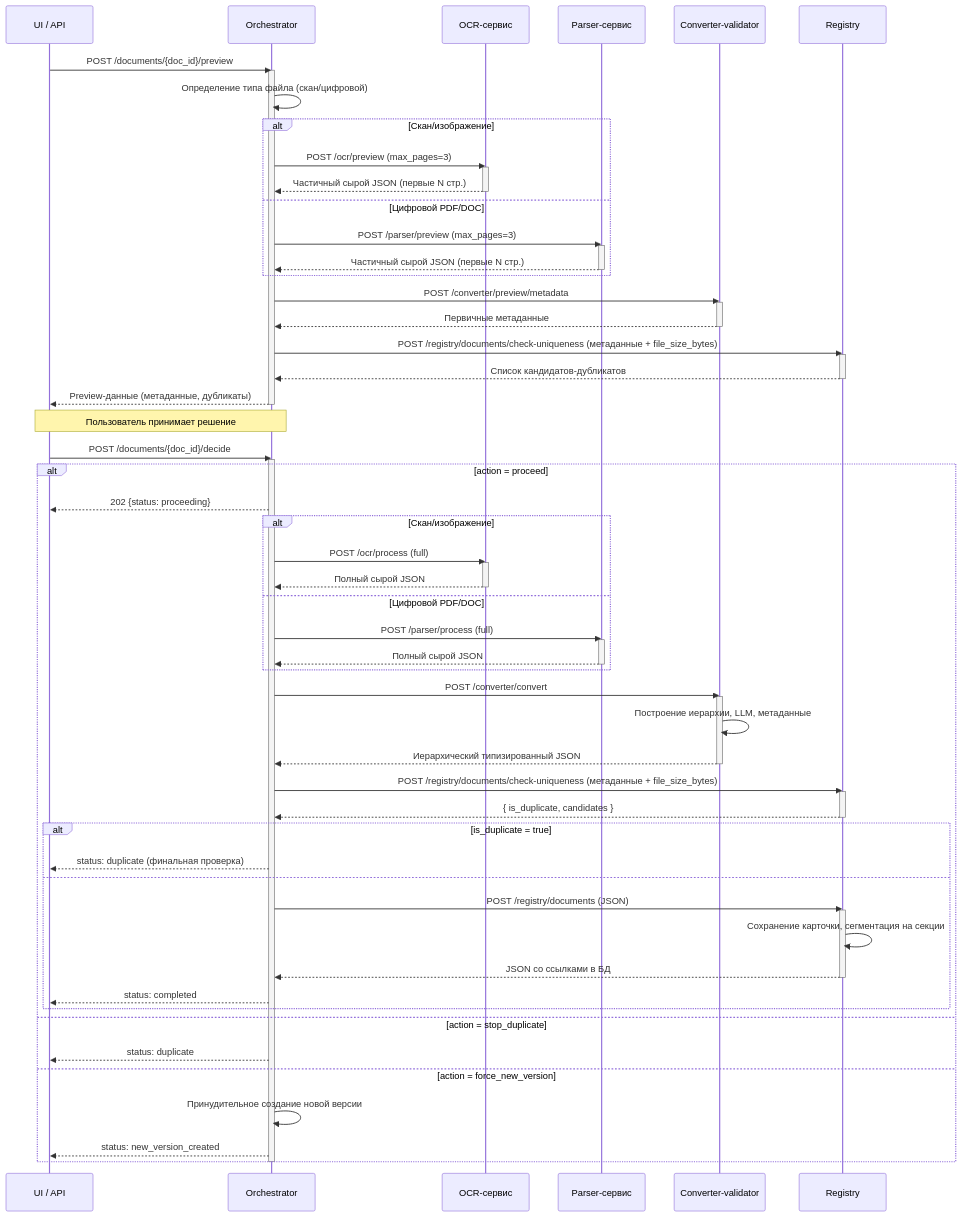
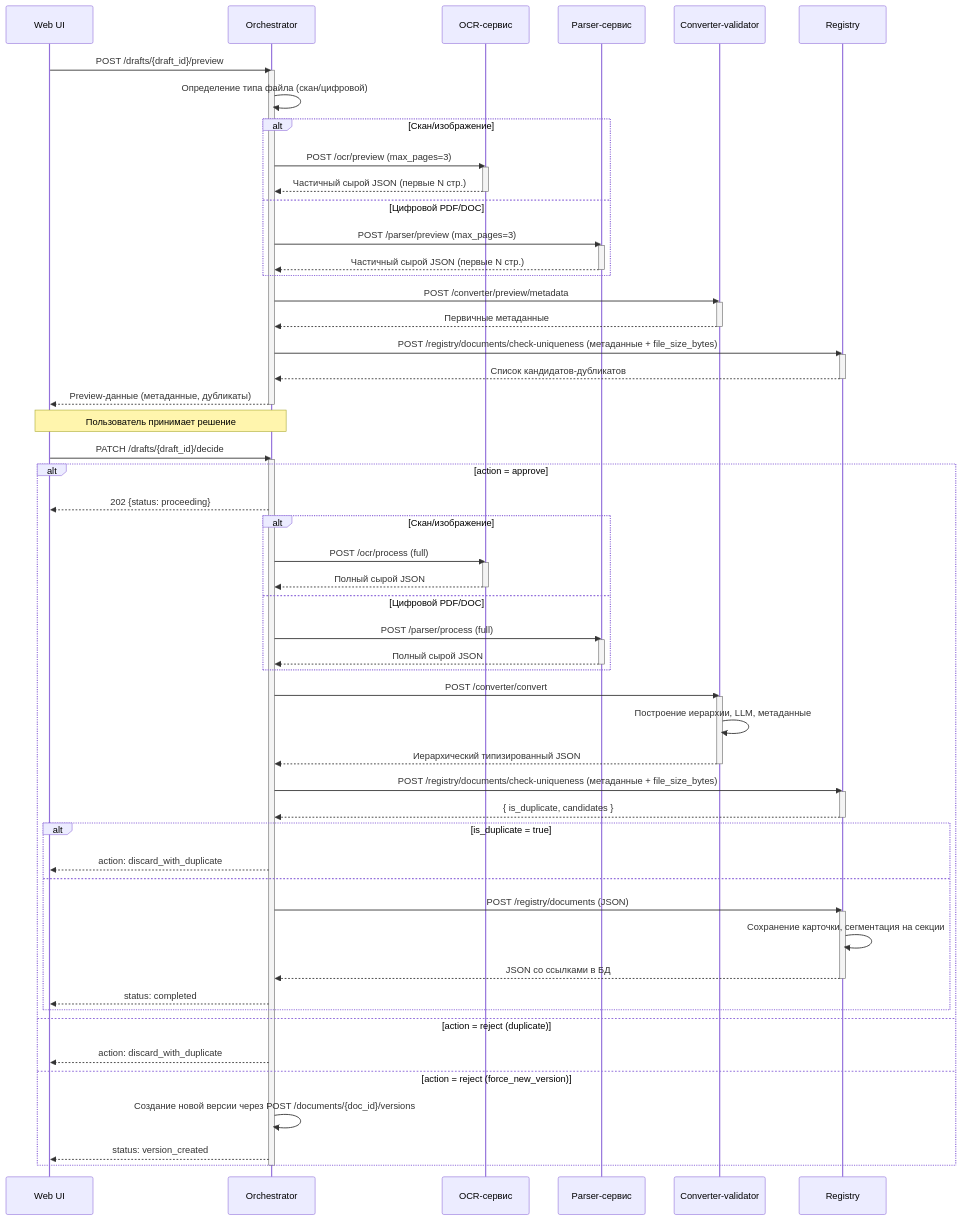
Before and after one commit to MasterKSAF/PKB: the first of 4 diagrams in backend/gateway_service/docs/pipeline1-formation.md, drawn with Mermaid. The commit also changed other lines of this file and 3 other files, not shown here.

````diff
--- a/backend/gateway_service/docs/pipeline1-formation.md
+++ b/backend/gateway_service/docs/pipeline1-formation.md
@@ -6,6 +8,6 @@
 ```mermaid
 sequenceDiagram
-    participant UI as UI / API
+    participant UI as Web UI
     participant Orch as Orchestrator
     participant OCR as OCR-сервис
     participant Pars as Parser-сервис
@@ -14,7 +16,7 @@
 
 
     %% Фаза Preview
-    UI->>Orch: POST /documents/{doc_id}/preview
+    UI->>Orch: POST /drafts/{draft_id}/preview
     activate Orch
     Orch->>Orch: Определение типа файла (скан/цифровой)
     alt Скан/изображение
@@ -41,9 +43,9 @@
 
     Note over UI,Orch: Пользователь принимает решение
 
-    UI->>Orch: POST /documents/{doc_id}/decide
+    UI->>Orch: PATCH /drafts/{draft_id}/decide
     activate Orch
-    alt action = proceed
+    alt action = approve
         Orch-->>UI: 202 {status: proceeding}
 
         %% Фаза Full
@@ -70,7 +72,7 @@
         Reg-->>Orch: { is_duplicate, candidates }
         deactivate Reg
         alt is_duplicate = true
-            Orch-->>UI: status: duplicate (финальная проверка)
+            Orch-->>UI: action: discard_with_duplicate
         else
             Orch->>Reg: POST /registry/documents (JSON)
             activate Reg
@@ -79,11 +81,11 @@
             deactivate Reg
             Orch-->>UI: status: completed
         end
-    else action = stop_duplicate
-        Orch-->>UI: status: duplicate
-    else action = force_new_version
-        Orch->>Orch: Принудительное создание новой версии
-        Orch-->>UI: status: new_version_created
+    else action = reject (duplicate)
+        Orch-->>UI: action: discard_with_duplicate
+    else action = reject (force_new_version)
+        Orch->>Orch: Создание новой версии через POST /documents/{doc_id}/versions
+        Orch-->>UI: status: version_created
     end
     deactivate Orch
 ```
````
